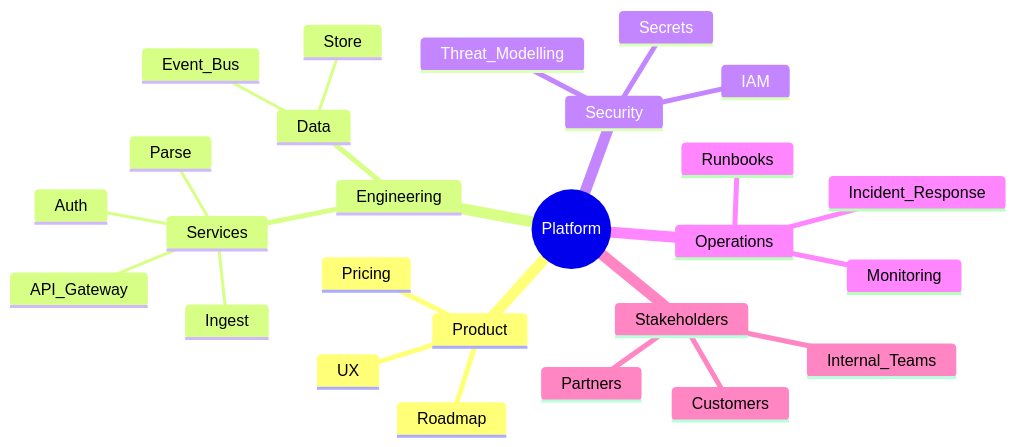
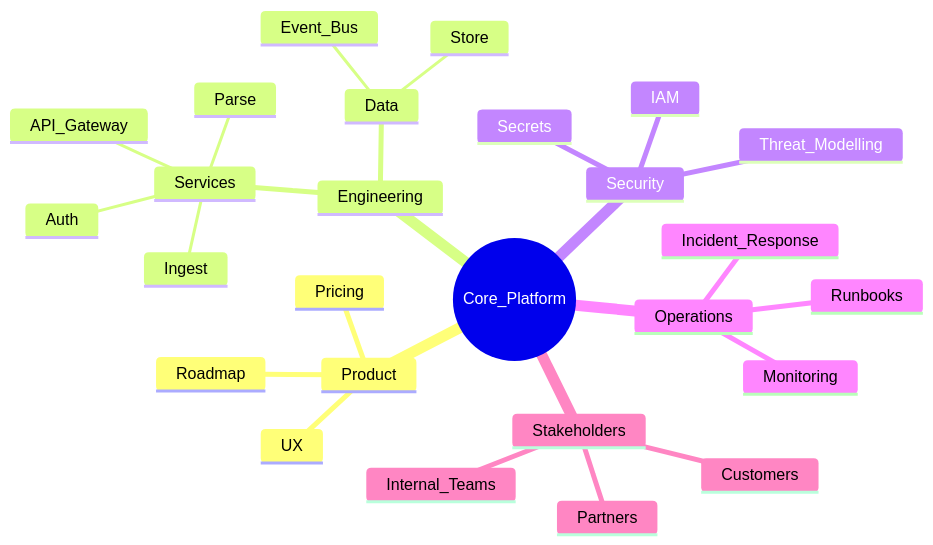
Before and after one commit to Beyondthemountain/RoboMermaid: the diagram in diagrams-src/PlatformMindMap.mmd, drawn with Mermaid.

Commit message:
edit core diagram

```diff
--- a/diagrams-src/PlatformMindMap.mmd
+++ b/diagrams-src/PlatformMindMap.mmd
@@ -1,58 +1,58 @@
 mindmap
 %% Global (included in all views)
-  root((Platform))
+  root((Core_Platform))
 
 %%@view:overview,product
     Product
 %%@view:product
       Roadmap
 %%@view:product
       UX
 %%@view:product
       Pricing
 
 %%@view:overview,engineering
     Engineering
 %%@view:engineering
       Services
 %%@view:engineering
         API_Gateway
 %%@view:engineering
         Auth
 %%@view:engineering
         Ingest
 %%@view:engineering
         Parse
 %%@view:engineering
       Data
 %%@view:engineering
         Store
 %%@view:engineering
         Event_Bus
 
 %%@view:overview,security
     Security
 %%@view:security
       IAM
 %%@view:security
       Secrets
 %%@view:security
       Threat_Modelling
 
 %%@view:overview,ops
     Operations
 %%@view:ops
       Monitoring
 %%@view:ops
       Incident_Response
 %%@view:ops
       Runbooks
 
 %%@view:overview,stakeholders
     Stakeholders
 %%@view:stakeholders
       Customers
 %%@view:stakeholders
       Partners
 %%@view:stakeholders
       Internal_Teams
```
